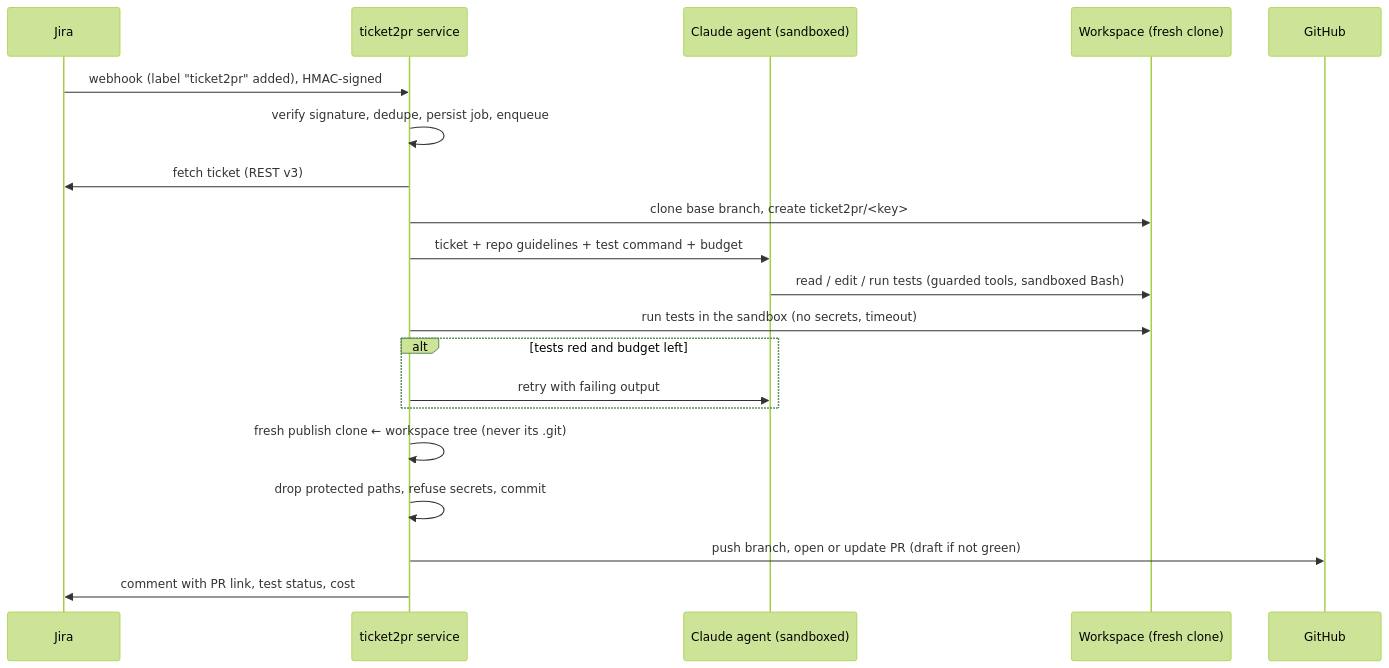
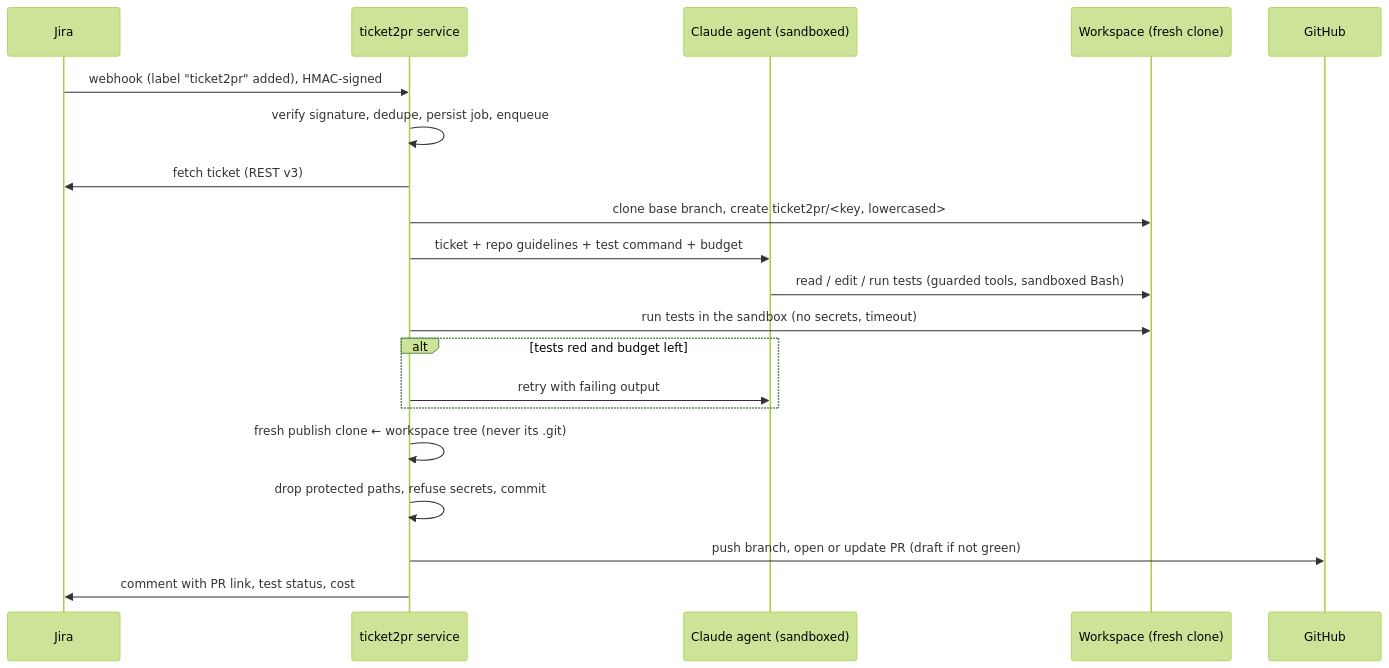
The diagram in README.md (chawkijaballi-dev/ticket2pr), drawn with Mermaid (forest theme) before and after one commit. The commit also changed other lines of this file and 9 other files, not shown here.

````diff
--- a/README.md
+++ b/README.md
@@ -37,23 +37,23 @@
 ```mermaid
 sequenceDiagram
     participant Jira
     participant API as ticket2pr service
     participant Agent as Claude agent (sandboxed)
     participant Repo as Workspace (fresh clone)
     participant GH as GitHub
 
     Jira->>API: webhook (label "ticket2pr" added), HMAC-signed
     API->>API: verify signature, dedupe, persist job, enqueue
     API->>Jira: fetch ticket (REST v3)
-    API->>Repo: clone base branch, create ticket2pr/<key>
+    API->>Repo: clone base branch, create ticket2pr/<key, lowercased>
     API->>Agent: ticket + repo guidelines + test command + budget
     Agent->>Repo: read / edit / run tests (guarded tools, sandboxed Bash)
     API->>Repo: run tests in the sandbox (no secrets, timeout)
     alt tests red and budget left
         API->>Agent: retry with failing output
     end
     API->>API: fresh publish clone ← workspace tree (never its .git)
     API->>API: drop protected paths, refuse secrets, commit
     API->>GH: push branch, open or update PR (draft if not green)
     API->>Jira: comment with PR link, test status, cost
 ```
````
